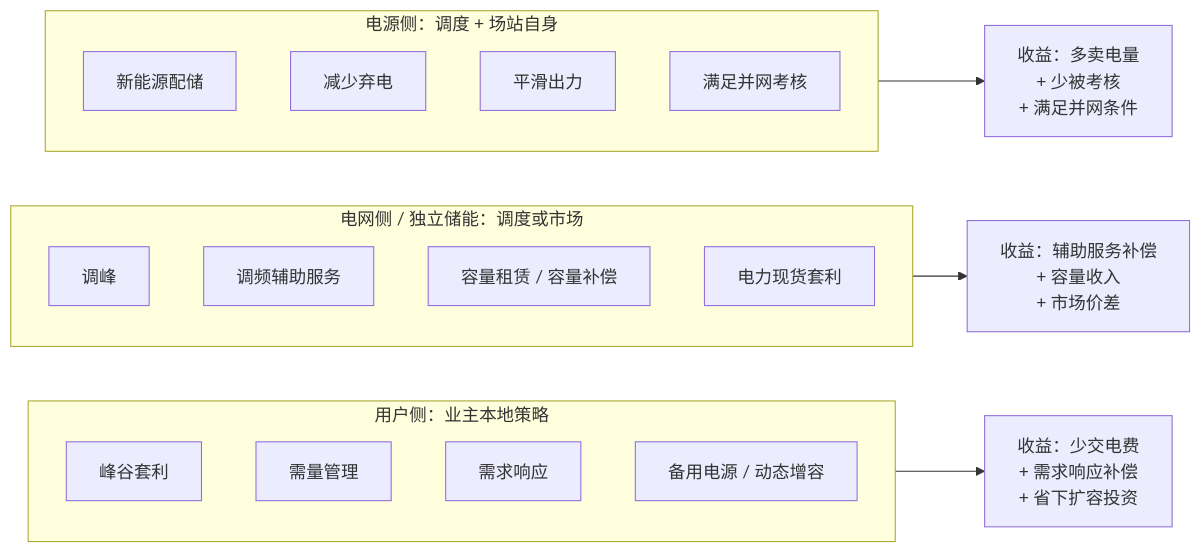
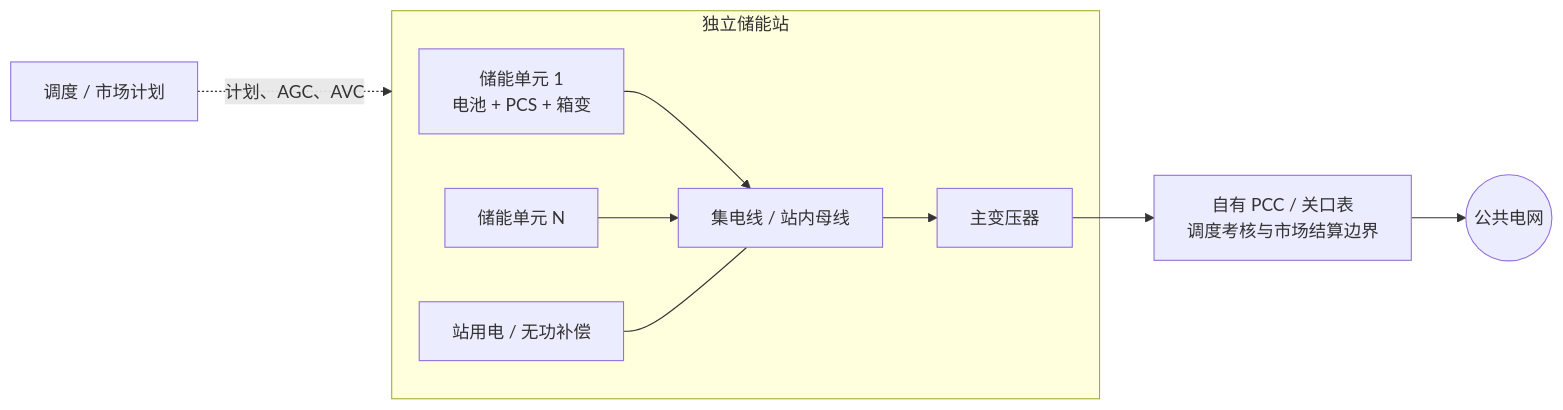
Before and after one commit to ontitaner/ontitaner.github.io: the third of 4 diagrams in public/collections/ems-python-learning/03_储能应用场景与收益.md, drawn with Mermaid. The commit also changed other lines of this file and 5 other files, not shown here.

````diff
--- a/public/collections/ems-python-learning/03_储能应用场景与收益.md
+++ b/public/collections/ems-python-learning/03_储能应用场景与收益.md
@@ -41,24 +81,12 @@
 ```mermaid
 flowchart LR
-    subgraph USER["用户侧：业主本地策略"]
-        U1["峰谷套利"]
-        U2["需量管理"]
-        U3["需求响应"]
-        U4["备用电源 / 动态增容"]
+    subgraph STATION["独立储能站"]
+        U1["储能单元 1<br/>电池 + PCS + 箱变"] --> COLLECT["集电线 / 站内母线"]
+        U2["储能单元 N"] --> COLLECT
+        AUX["站用电 / 无功补偿"] --- COLLECT
+        COLLECT --> MT["主变压器"]
     end
-    subgraph GRIDSIDE["电网侧 / 独立储能：调度或市场"]
-        G1["调峰"]
-        G2["调频辅助服务"]
-        G3["容量租赁 / 容量补偿"]
-        G4["电力现货套利"]
-    end
-    subgraph SOURCE["电源侧：调度 + 场站自身"]
-        S1["新能源配储"]
-        S2["减少弃电"]
-        S3["平滑出力"]
-        S4["满足并网考核"]
-    end
-    USER --> RU["收益：少交电费<br/>+ 需求响应补偿<br/>+ 省下扩容投资"]
-    GRIDSIDE --> RG["收益：辅助服务补偿<br/>+ 容量收入<br/>+ 市场价差"]
-    SOURCE --> RS["收益：多卖电量<br/>+ 少被考核<br/>+ 满足并网条件"]
+    MT --> PCC["自有 PCC / 关口表<br/>调度考核与市场结算边界"]
+    PCC --> GRID(("公共电网"))
+    DISPATCH["调度 / 市场计划"] -. "计划、AGC、AVC" .-> STATION
 ```
````
